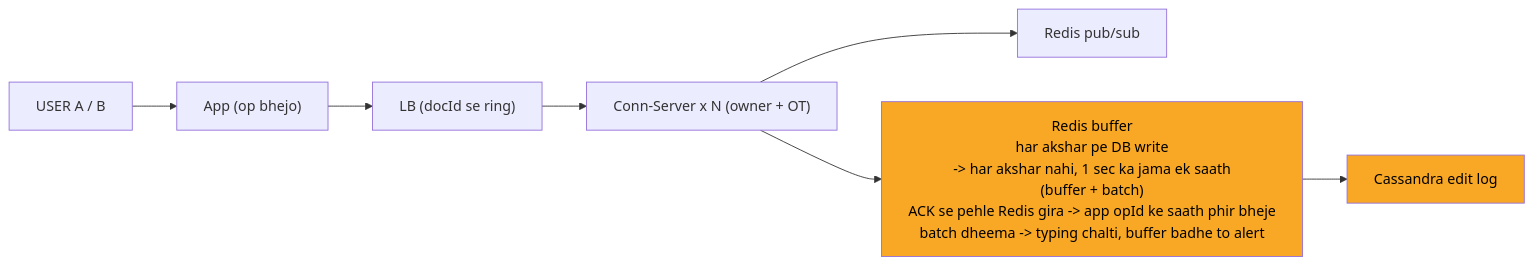
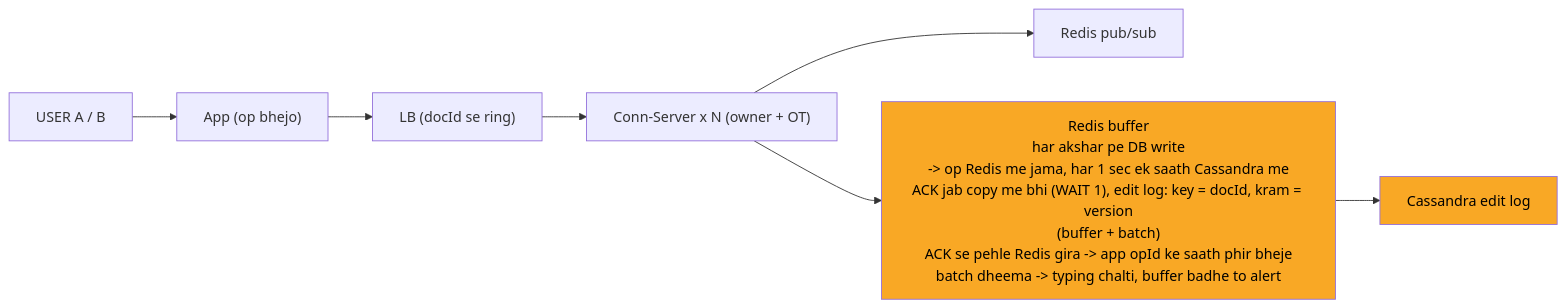
One commit to ArpanMaheshwari144/Prep changed the seventh of 10 diagrams in 04_HLD/SYSTEM_DESIGNS/11_google_docs_collab/11_google_docs_collab.md. Above: the diagram before and after it, drawn with Mermaid. The commit also changed other lines of this file and 13 other files, not shown here.

````diff
--- a/04_HLD/SYSTEM_DESIGNS/11_google_docs_collab/11_google_docs_collab.md
+++ b/04_HLD/SYSTEM_DESIGNS/11_google_docs_collab/11_google_docs_collab.md
@@ -255,19 +258,19 @@
 ```mermaid
 %%{init: {"flowchart": {"wrappingWidth": 450}}}%%
 flowchart LR
     n_USER["USER A / B"]
     n_App["App (op bhejo)"]
     n_LB["LB (docId se ring)"]
     n_Conn_Server_xN["Conn-Server x N (owner + OT)"]
     n_PS["Redis pub/sub"]
-    n_BUF["Redis buffer<br/>har akshar pe DB write<br/>-> har akshar nahi, 1 sec ka jama ek saath<br/>(buffer + batch)<br/>ACK se pehle Redis gira -> app opId ke saath phir bheje<br/>batch dheema -> typing chalti, buffer badhe to alert"]
+    n_BUF["Redis buffer<br/>har akshar pe DB write<br/>-> op Redis me jama, har 1 sec ek saath Cassandra me<br/>ACK jab copy me bhi (WAIT 1), edit log: key = docId, kram = version<br/>(buffer + batch)<br/>ACK se pehle Redis gira -> app opId ke saath phir bheje<br/>batch dheema -> typing chalti, buffer badhe to alert"]
     n_CAS["Cassandra edit log"]
     n_USER --> n_App
     n_App --> n_LB
     n_LB --> n_Conn_Server_xN
     n_Conn_Server_xN --> n_PS
     n_Conn_Server_xN --> n_BUF
     n_BUF --> n_CAS
     style n_BUF fill:#f9a825,color:#000
     style n_CAS fill:#f9a825,color:#000
 ```
````
